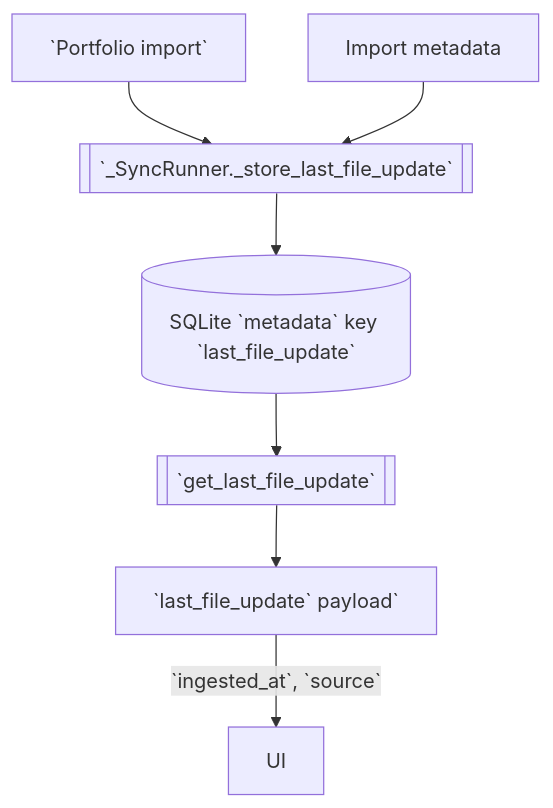
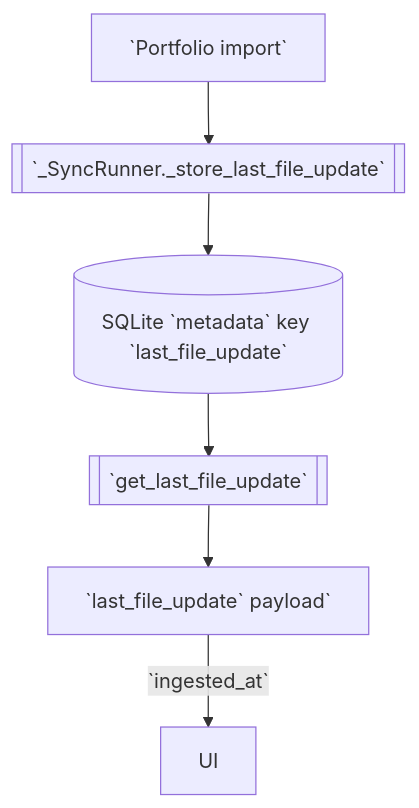
Before and after one commit to Freakandi/ha-pp-reader: the fifth of 8 diagrams in datamodel/frontend-datamodel-visualizations.md, drawn with Mermaid. The commit also changed other lines of this file and 4 other files, not shown here.

````diff
--- a/datamodel/frontend-datamodel-visualizations.md
+++ b/datamodel/frontend-datamodel-visualizations.md
@@ -191,9 +192,8 @@
 ```mermaid
 flowchart TD
   Import[`Portfolio import`] --> Store[[`_SyncRunner._store_last_file_update`]]
   Store --> Meta[(SQLite `metadata` key `last_file_update`)]
-  SourceMeta[Import metadata] --> Store
   Meta --> Loader[[`get_last_file_update`]]
   Loader --> Payload[`last_file_update` payload`]
-  Payload -->|`ingested_at`, `source`| UI
+  Payload -->|`ingested_at`| UI
 ```
````
